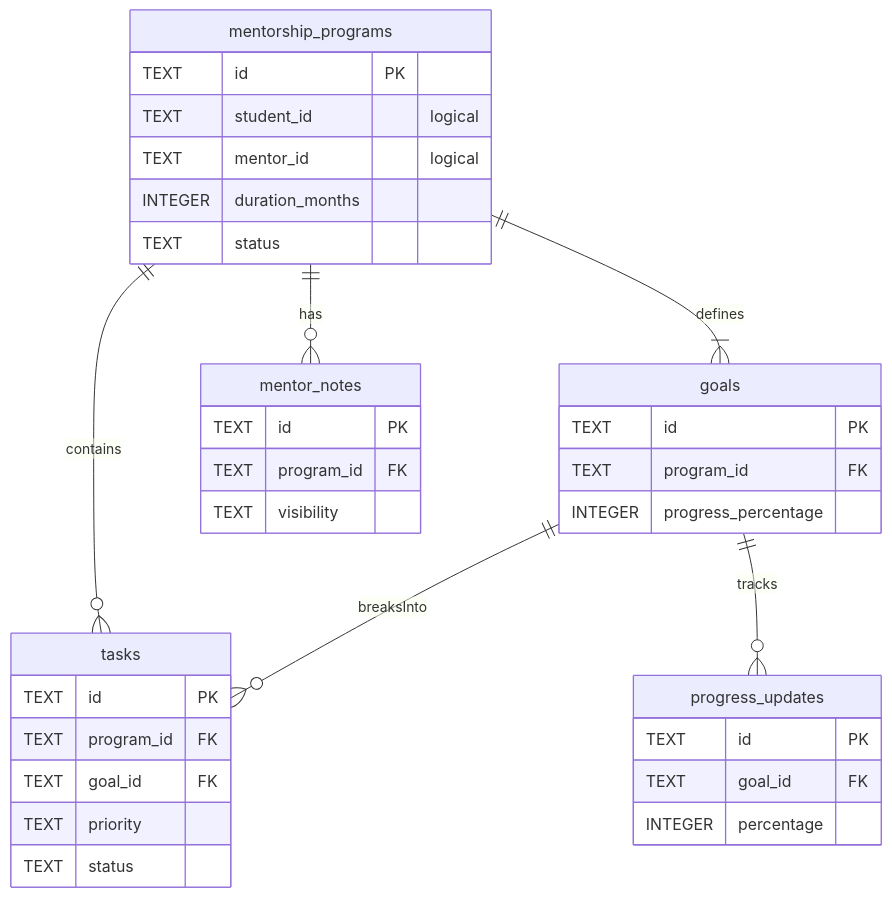
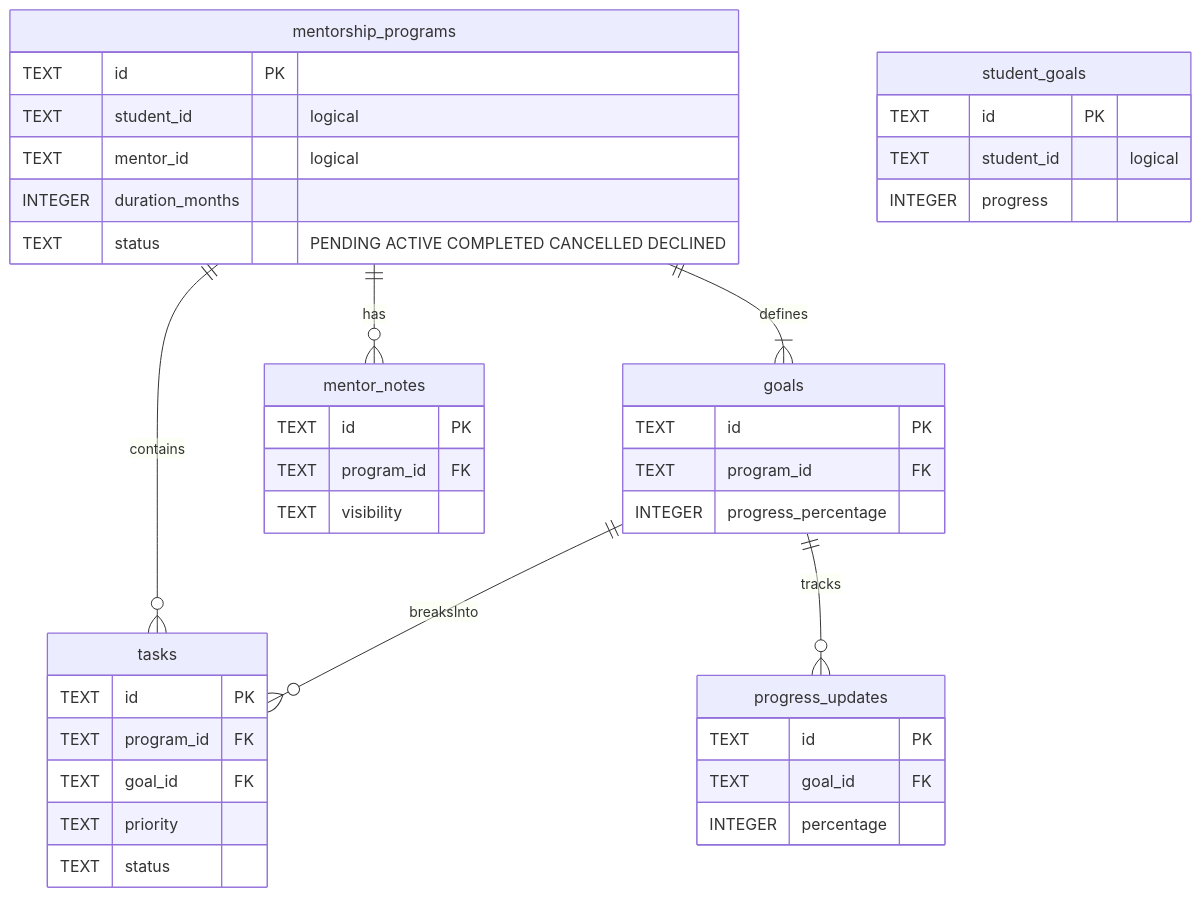
The fifth of 7 diagrams in docs/database/er-diagram.md (Mentor-Connect-EC5406/backend-new), drawn with Mermaid before and after one commit. The commit also changed other lines of this file and 3 other files, not shown here.

Commit message:
docs: update database schemas for programs, saved mentors and goals

````diff
--- a/docs/database/er-diagram.md
+++ b/docs/database/er-diagram.md
@@ -124,37 +133,42 @@
 ```mermaid
 erDiagram
     mentorship_programs ||--|{ goals : defines
     mentorship_programs ||--o{ tasks : contains
     mentorship_programs ||--o{ mentor_notes : has
     goals ||--o{ tasks : breaksInto
     goals ||--o{ progress_updates : tracks
     mentorship_programs {
         TEXT id PK
         TEXT student_id "logical"
         TEXT mentor_id "logical"
         INTEGER duration_months
-        TEXT status
+        TEXT status "PENDING ACTIVE COMPLETED CANCELLED DECLINED"
     }
     goals {
         TEXT id PK
         TEXT program_id FK
         INTEGER progress_percentage
     }
     tasks {
         TEXT id PK
         TEXT program_id FK
         TEXT goal_id FK
         TEXT priority
         TEXT status
     }
     progress_updates {
         TEXT id PK
         TEXT goal_id FK
         INTEGER percentage
     }
     mentor_notes {
         TEXT id PK
         TEXT program_id FK
         TEXT visibility
     }
+    student_goals {
+        TEXT id PK
+        TEXT student_id "logical"
+        INTEGER progress
+    }
 ```
````
